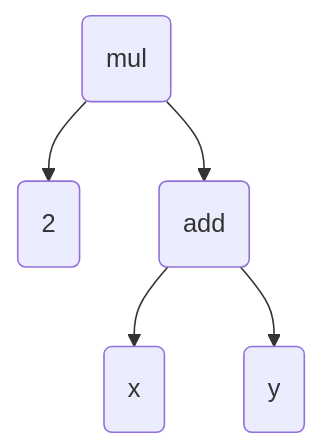
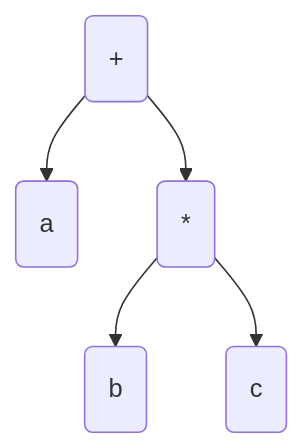
Diagram 12 of 49 in src/essays/number-tree/essay.md (pengvyn/kavpix-code), drawn with Mermaid before and after one commit. The commit also changed other lines of this file and 1 other file, not shown here.

````diff
--- a/src/essays/number-tree/essay.md
+++ b/src/essays/number-tree/essay.md
@@ -81,7 +236,7 @@
 ```mermaid
     graph TD;
-        mul(mul) --> 2(2);
-        mul --> add(add);
-        add --> x(x);
-        add --> y(y)
+        add(+) --> a(a)
+        add --> mul(*)
+        mul --> b(b)
+        mul --> c(c)
 ```
````
